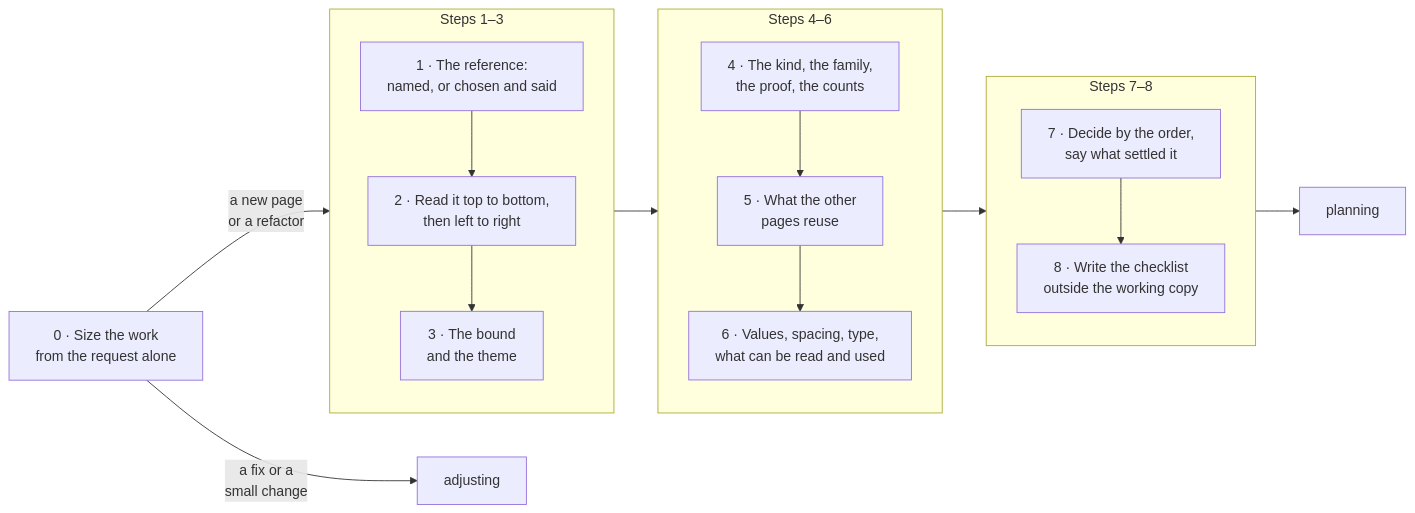
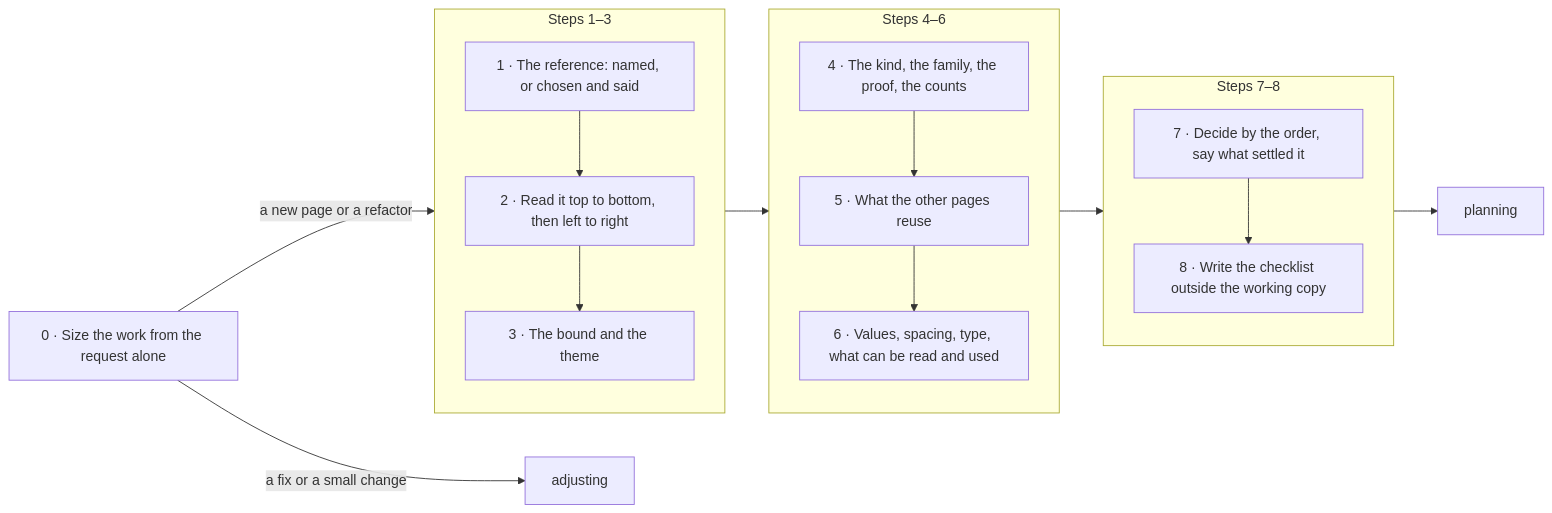
Before and after one commit to kamenkurtev/ui-consistency: the second of 7 diagrams in docs/how-it-works.md, drawn with Mermaid. The commit also changed other lines of this file, not shown here.

Commit message:
Let the diagrams' labels wrap on their own (#466)

````diff
--- a/docs/how-it-works.md
+++ b/docs/how-it-works.md
@@ -31,19 +31,19 @@
 ```mermaid
 flowchart LR
-  S0["0 · Size the work<br>from the request alone"]
+  S0["0 · Size the work from the request alone"]
   subgraph A ["Steps 1–3"]
     direction TB
-    S1["1 · The reference:<br>named, or chosen and said"] --> S2["2 · Read it top to bottom,<br>then left to right"] --> S3["3 · The bound<br>and the theme"]
+    S1["1 · The reference: named, or chosen and said"] --> S2["2 · Read it top to bottom, then left to right"] --> S3["3 · The bound and the theme"]
   end
   subgraph B ["Steps 4–6"]
     direction TB
-    S4["4 · The kind, the family,<br>the proof, the counts"] --> S5["5 · What the other<br>pages reuse"] --> S6["6 · Values, spacing, type,<br>what can be read and used"]
+    S4["4 · The kind, the family, the proof, the counts"] --> S5["5 · What the other pages reuse"] --> S6["6 · Values, spacing, type, what can be read and used"]
   end
   subgraph C ["Steps 7–8"]
     direction TB
-    S7["7 · Decide by the order,<br>say what settled it"] --> S8["8 · Write the checklist<br>outside the working copy"]
+    S7["7 · Decide by the order, say what settled it"] --> S8["8 · Write the checklist outside the working copy"]
   end
-  S0 -->|"a new page<br>or a refactor"| A
-  S0 -->|"a fix or a<br>small change"| AD["adjusting"]
+  S0 -->|"a new page or a refactor"| A
+  S0 -->|"a fix or a small change"| AD["adjusting"]
   A --> B --> C --> PL["planning"]
 ```
````
